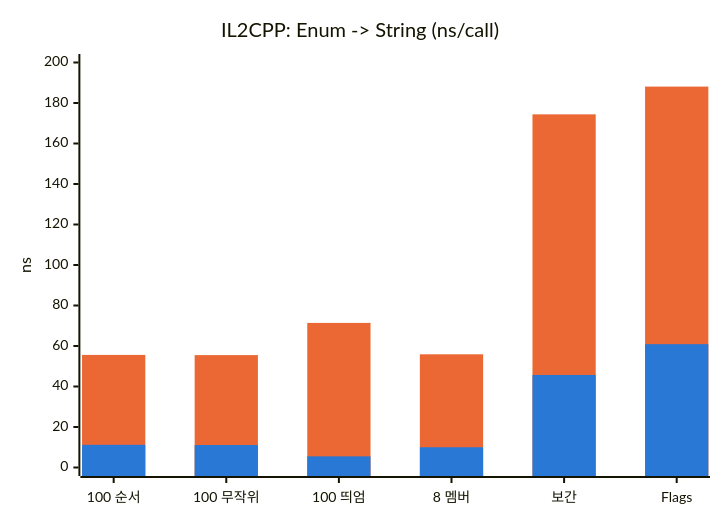
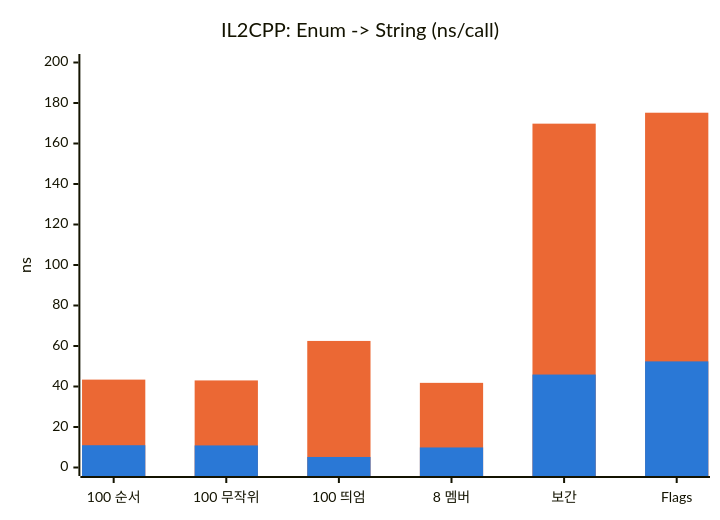
Before and after one commit to MoewMeowH/CustomUnityTools: the first of 3 diagrams in Assets/Tools/Benchmarks/E2String/Benchmark.md, drawn with Mermaid. The commit also changed other lines of this file and 3 other files, not shown here.

````diff
--- a/Assets/Tools/Benchmarks/E2String/Benchmark.md
+++ b/Assets/Tools/Benchmarks/E2String/Benchmark.md
@@ -99,9 +101,9 @@
 ```mermaid
 %%{init: {"themeVariables": {"xyChart": {"plotColorPalette": "#eb6834, #2a78d6"}}}}%%
 xychart-beta
     title "IL2CPP: Enum -> String (ns/call)"
     x-axis ["100 순서", "100 무작위", "100 띄엄", "8 멤버", "보간", "Flags"]
     y-axis "ns" 0 --> 200
-    bar [55.6, 55.5, 71.4, 55.9, 174.4, 188.1]
-    bar [11.2, 11.1, 5.5, 10.0, 45.7, 60.9]
+    bar [43.4, 43.0, 62.5, 41.8, 169.8, 175.2]
+    bar [11.0, 10.9, 5.2, 9.9, 45.9, 52.4]
 ```
````
